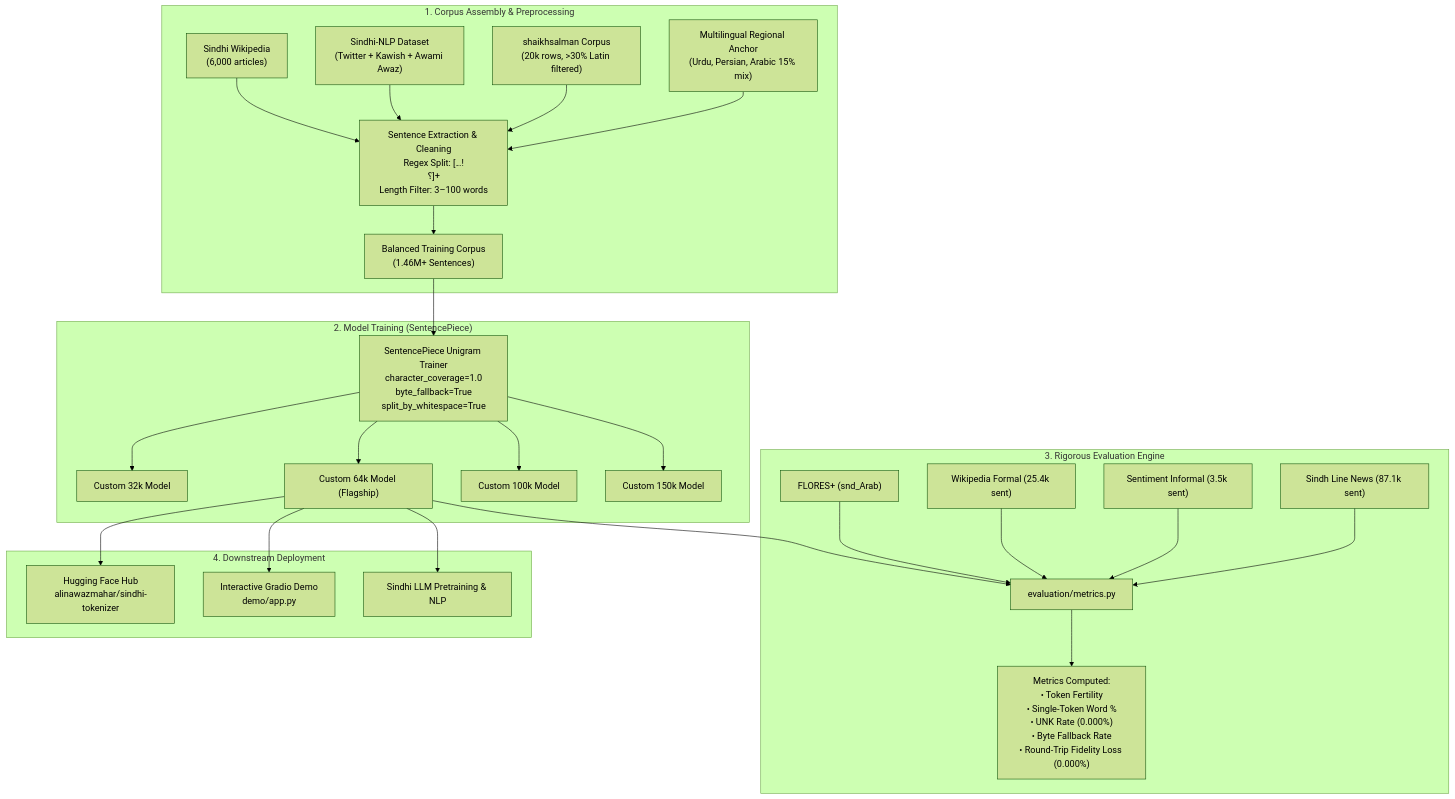
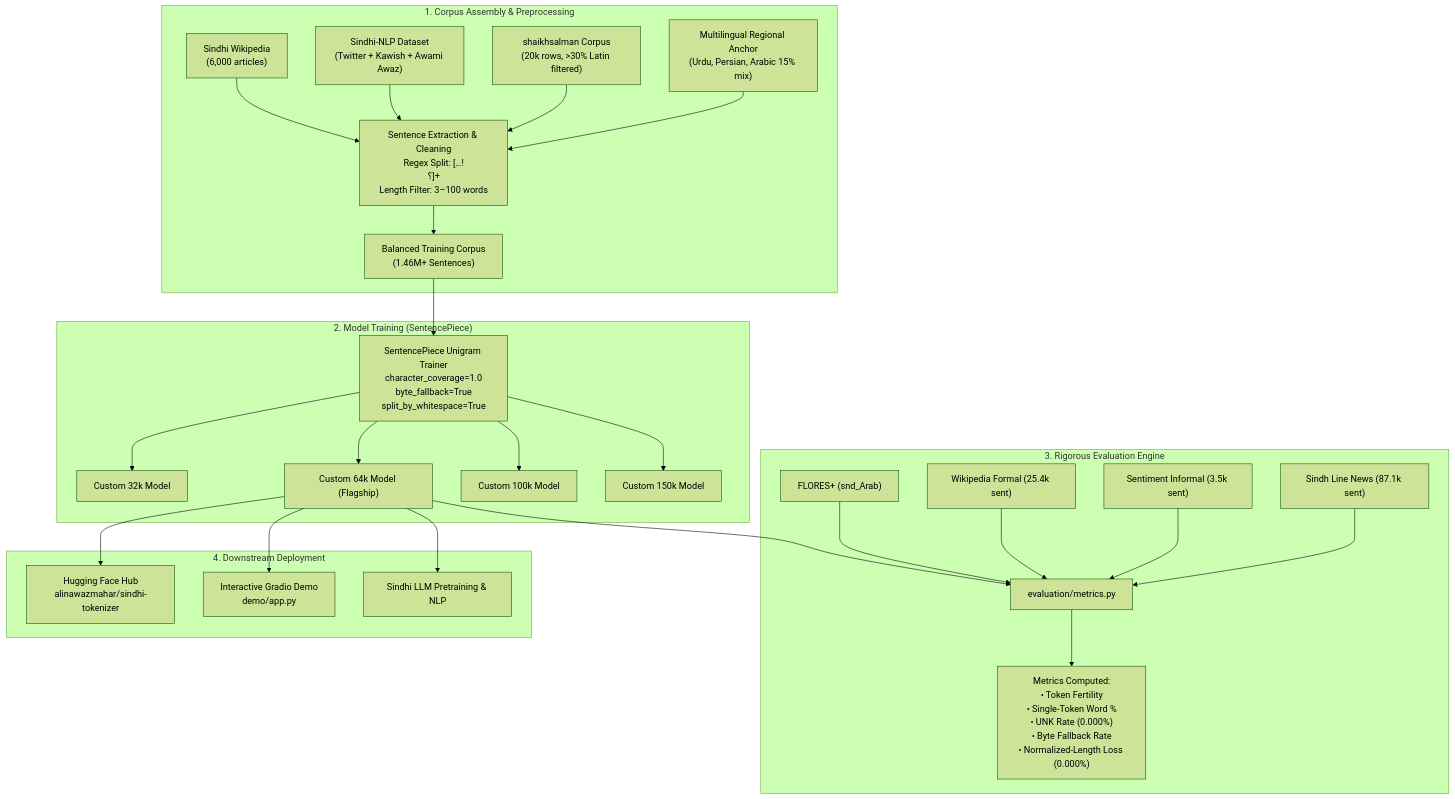
The first of 2 diagrams in README.md (alinawazcode/sindhi-tokenizer), drawn with Mermaid (forest theme) before and after one commit. The commit also changed other lines of this file and 7 other files, not shown here.

````diff
--- a/README.md
+++ b/README.md
@@ -168,33 +168,33 @@
 ```mermaid
 flowchart TD
     subgraph Data_Pipeline["1. Corpus Assembly & Preprocessing"]
         A1["Sindhi Wikipedia<br/>(6,000 articles)"] --> P["Sentence Extraction & Cleaning<br/>Regex Split: [۔.!\n؟]+<br/>Length Filter: 3–100 words"]
         A2["Sindhi-NLP Dataset<br/>(Twitter + Kawish + Awami Awaz)"] --> P
         A3["shaikhsalman Corpus<br/>(20k rows, >30% Latin filtered)"] --> P
         A4["Multilingual Regional Anchor<br/>(Urdu, Persian, Arabic 15% mix)"] --> P
         P --> C["Balanced Training Corpus<br/>(1.46M+ Sentences)"]
     end
 
     subgraph Training_Engine["2. Model Training (SentencePiece)"]
         C --> SP["SentencePiece Unigram Trainer<br/>character_coverage=1.0<br/>byte_fallback=True<br/>split_by_whitespace=True"]
         SP --> M1["Custom 32k Model"]
         SP --> M2["Custom 64k Model (Flagship)"]
         SP --> M3["Custom 100k Model"]
         SP --> M4["Custom 150k Model"]
     end
 
     subgraph Evaluation_Suite["3. Rigorous Evaluation Engine"]
         M2 --> E["evaluation/metrics.py"]
         REG1["FLORES+ (snd_Arab)"] --> E
         REG2["Wikipedia Formal (25.4k sent)"] --> E
         REG3["Sentiment Informal (3.5k sent)"] --> E
         REG4["Sindh Line News (87.1k sent)"] --> E
-        E --> MET["Metrics Computed:<br/>• Token Fertility<br/>• Single-Token Word %<br/>• UNK Rate (0.000%)<br/>• Byte Fallback Rate<br/>• Round-Trip Fidelity Loss (0.000%)"]
+        E --> MET["Metrics Computed:<br/>• Token Fertility<br/>• Single-Token Word %<br/>• UNK Rate (0.000%)<br/>• Byte Fallback Rate<br/>• Normalized-Length Loss (0.000%)"]
     end
 
     subgraph Downstream["4. Downstream Deployment"]
         M2 --> HF["Hugging Face Hub<br/>alinawazmahar/sindhi-tokenizer"]
         M2 --> GR["Interactive Gradio Demo<br/>demo/app.py"]
         M2 --> LLM["Sindhi LLM Pretraining & NLP"]
     end
 ```
````
